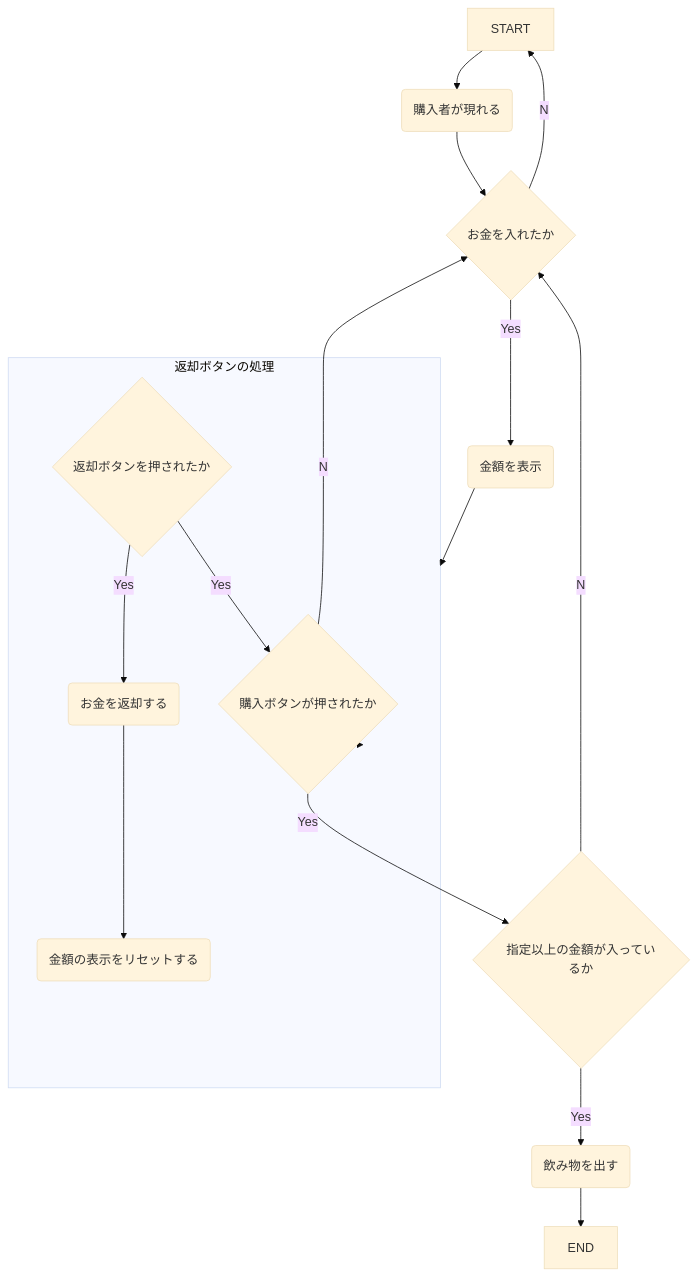
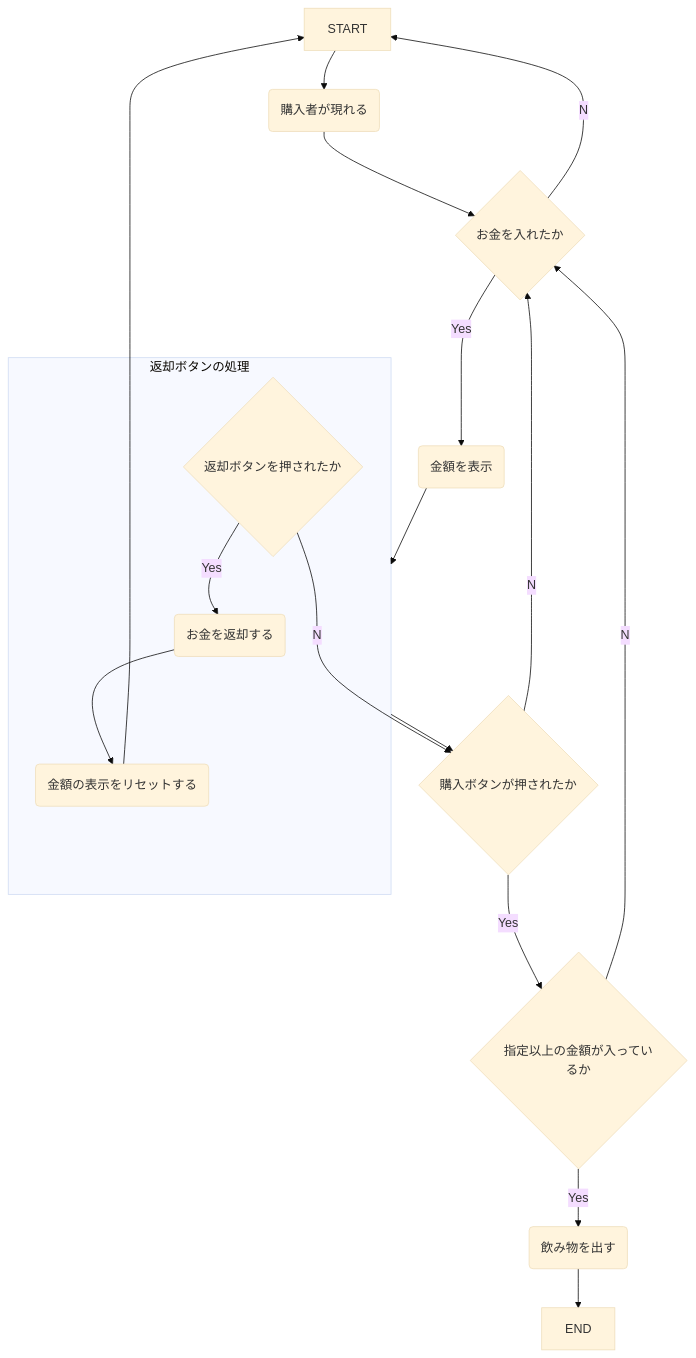
One commit to tpu-game-2022/mermaid_test changed the diagram in README.md. Above: the diagram before and after it, drawn with Mermaid (base theme).

Commit message:
フローチャートを変更した

````diff
--- a/README.md
+++ b/README.md
@@ -20,19 +20,19 @@
 ```mermaid
 flowchart TB
   START-->A(購入者が現れる)
   A(購入者が現れる)-->B{お金を入れたか}
   B--Yes-->C(金額を表示)
   B--No-->START
+    subgraph 返却ボタンの処理
+    D1{返却ボタンを押されたか}--Yes-->D2(お金を返却する)
+    D2-->D3(金額の表示をリセットする)
+    end
+  D3-->START
   C-->返却ボタンの処理-->E{購入ボタンが押されたか}
+  D1--No-->E
   E{購入ボタンが押されたか}--Yes-->F{指定以上の金額が入っているか}
   E--No-->B
   F--Yes-->G(飲み物を出す)
   F--No-->B
   G-->END
-
-  subgraph 返却ボタンの処理
-     D1{返却ボタンを押されたか}--Yes-->D2(お金を返却する)
-    D1--Yes-->E
-    D2-->D3(金額の表示をリセットする)
-  end
 ```
````
